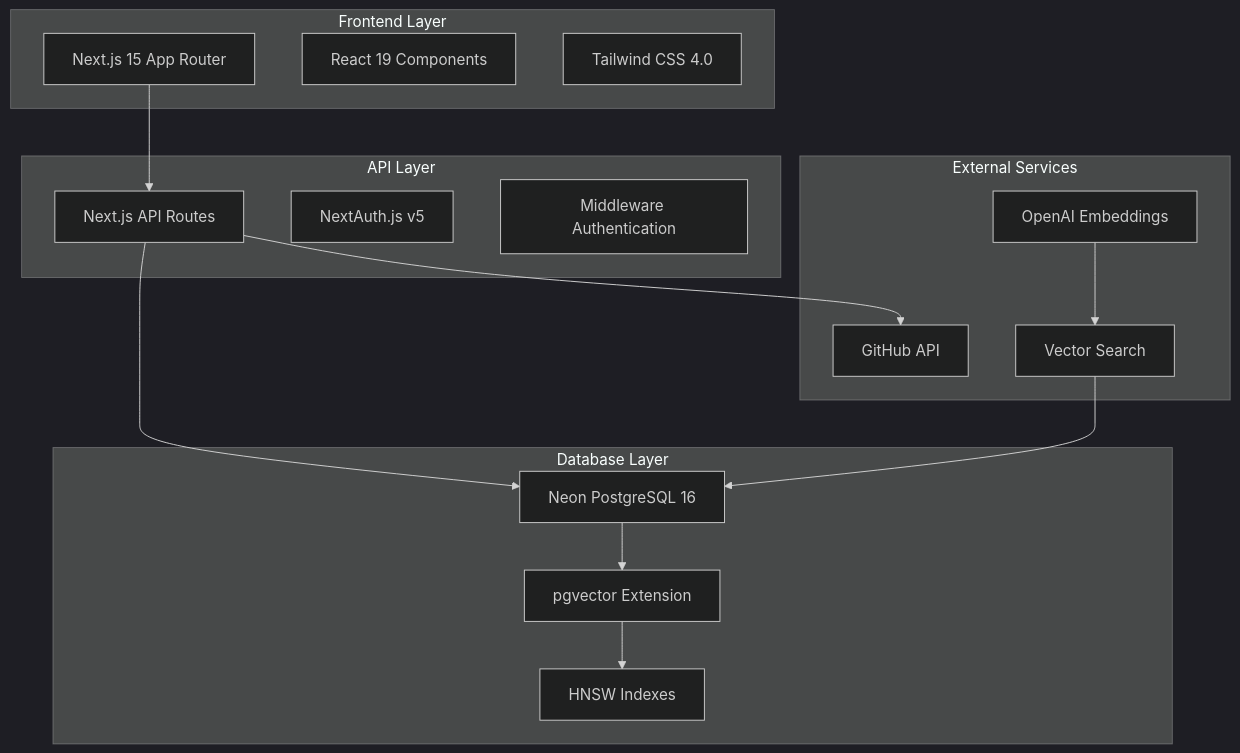
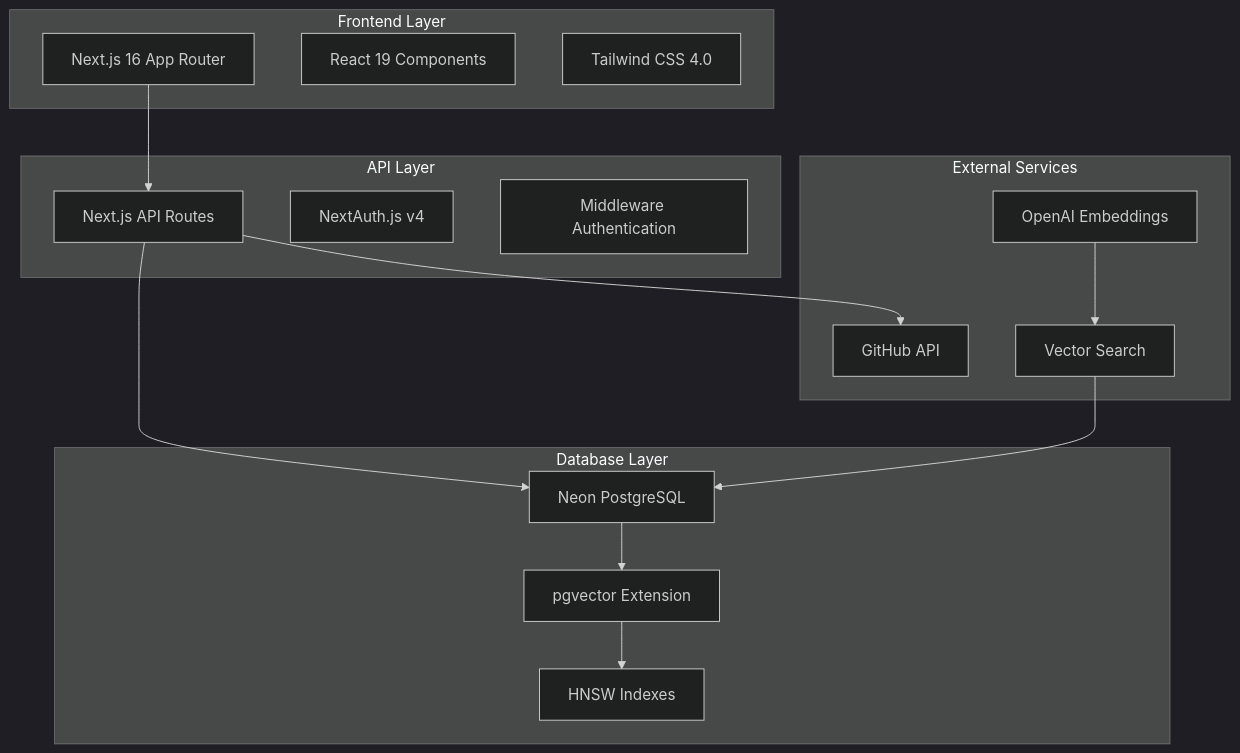
One commit to BjornMelin/contribux changed the diagram in docs/development/performance-guide.md. Above: the diagram before and after it, drawn with Mermaid (dark theme). The commit also changed other lines of this file and 79 other files, not shown here.

````diff
--- a/docs/development/performance-guide.md
+++ b/docs/development/performance-guide.md
@@ -22,34 +22,34 @@
 ```mermaid
 graph TB
     subgraph "Frontend Layer"
-        A[Next.js 15 App Router]
+        A[Next.js 16 App Router]
         B[React 19 Components]
         C[Tailwind CSS 4.0]
     end
     
     subgraph "API Layer"
         D[Next.js API Routes]
-        E[NextAuth.js v5]
+        E[NextAuth.js v4]
         F[Middleware Authentication]
     end
     
     subgraph "Database Layer"
-        G[Neon PostgreSQL 16]
+        G[Neon PostgreSQL]
         H[pgvector Extension]
         I[HNSW Indexes]
     end
     
     subgraph "External Services"
         J[GitHub API]
         K[OpenAI Embeddings]
         L[Vector Search]
     end
     
     A --> D
     D --> G
     D --> J
     G --> H
     H --> I
     K --> L
     L --> G
 ```
````
